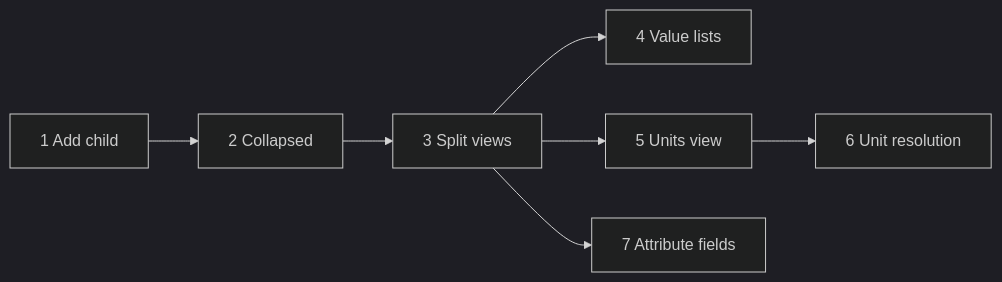
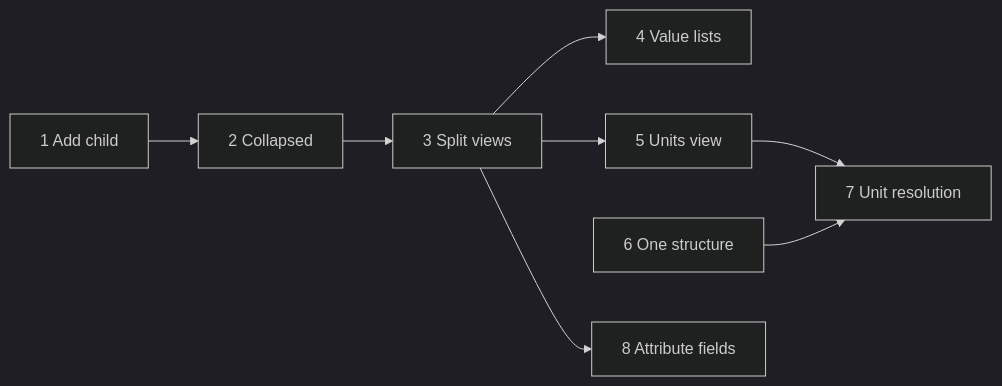
The first of 2 diagrams in docs/plans/data-model-workspace.md (GlennSvanberg/braian), drawn with Mermaid (dark theme) before and after one commit. The commit also changed other lines of this file, not shown here.

````diff
--- a/docs/plans/data-model-workspace.md
+++ b/docs/plans/data-model-workspace.md
@@ -186,9 +216,11 @@
 ```mermaid
 flowchart LR
   p1[1 Add child] --> p2[2 Collapsed]
   p2 --> p3[3 Split views]
   p3 --> p4[4 Value lists]
   p3 --> p5[5 Units view]
-  p5 --> p6[6 Unit resolution]
-  p3 --> p7[7 Attribute fields]
+  p6[6 One structure]
+  p5 --> p7[7 Unit resolution]
+  p6 --> p7
+  p3 --> p8[8 Attribute fields]
 ```
````
